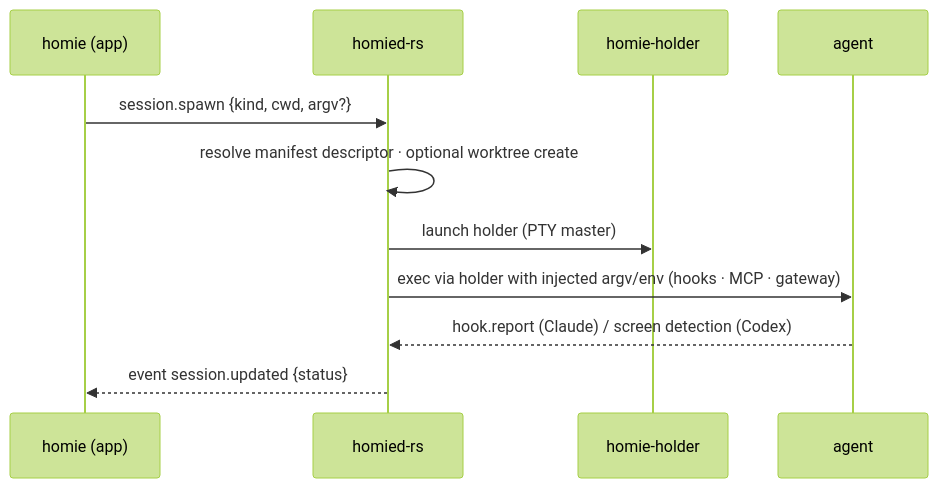
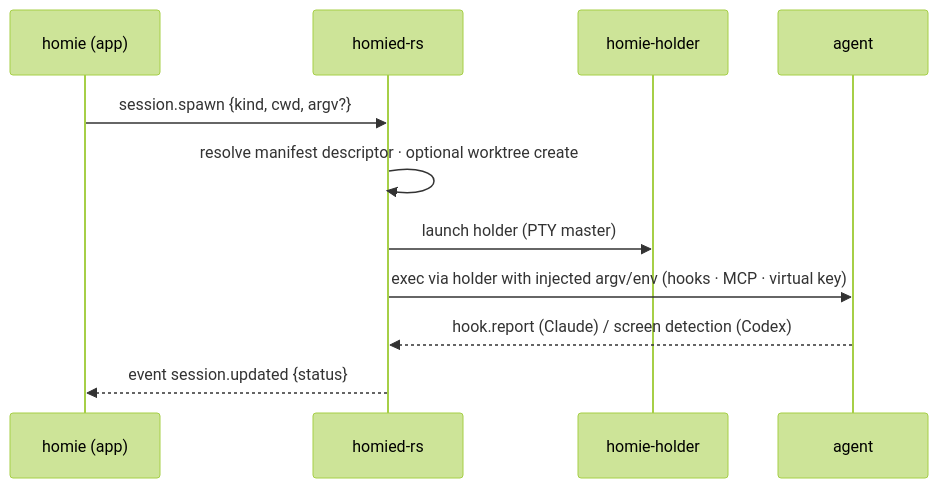
One commit to superops-team/homie changed the third of 7 diagrams in README.md. Above: the diagram before and after it, drawn with Mermaid (forest theme). The commit also changed other lines of this file, not shown here.

First line of the commit message:
docs(readme): refresh architecture/flow/sequence diagrams for daemon-embedded gateway

````diff
--- a/README.md
+++ b/README.md
@@ -156,14 +163,14 @@
 ```mermaid
 sequenceDiagram
     participant App as homie (app)
     participant D as homied-rs
     participant H as homie-holder
     participant A as agent
 
     App->>D: session.spawn {kind, cwd, argv?}
     D->>D: resolve manifest descriptor · optional worktree create
     D->>H: launch holder (PTY master)
-    D->>A: exec via holder with injected argv/env (hooks · MCP · gateway)
+    D->>A: exec via holder with injected argv/env (hooks · MCP · virtual key)
     A-->>D: hook.report (Claude) / screen detection (Codex)
     D-->>App: event session.updated {status}
 ```
````
